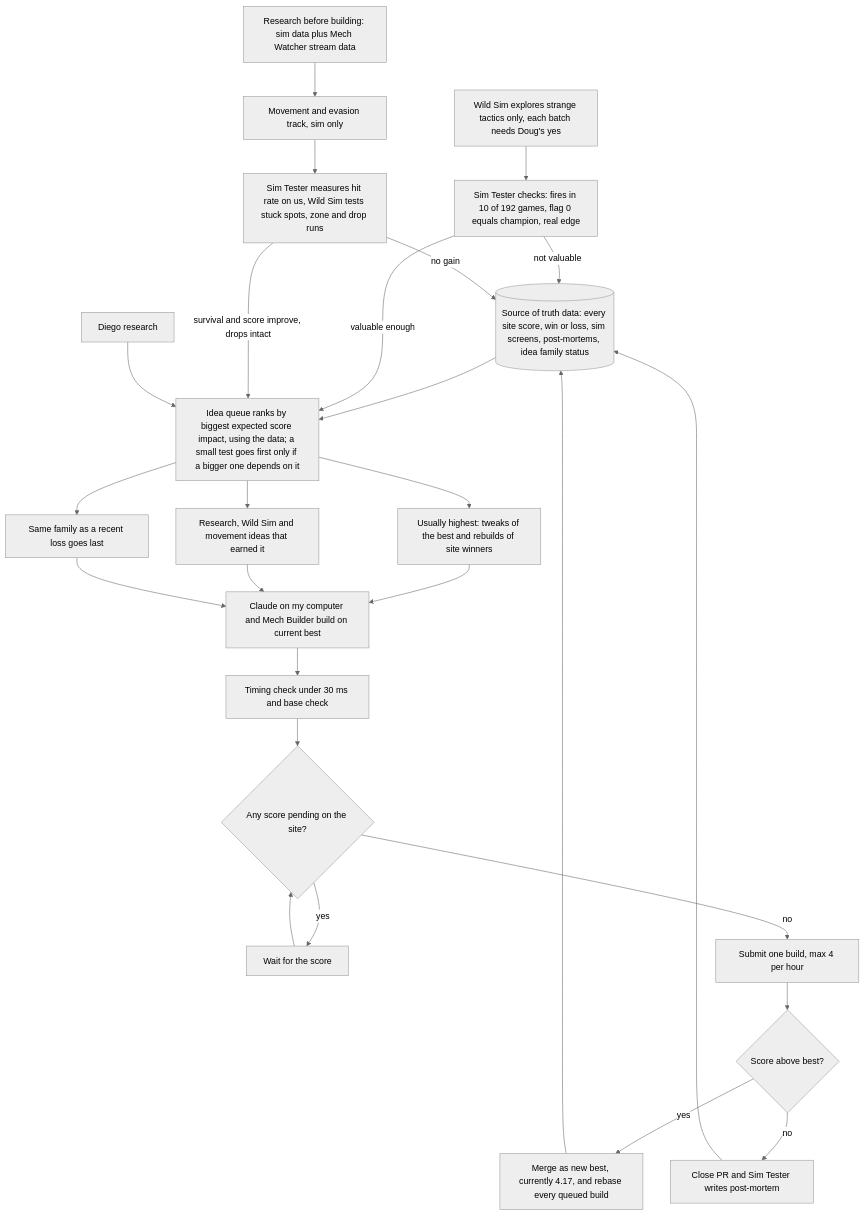
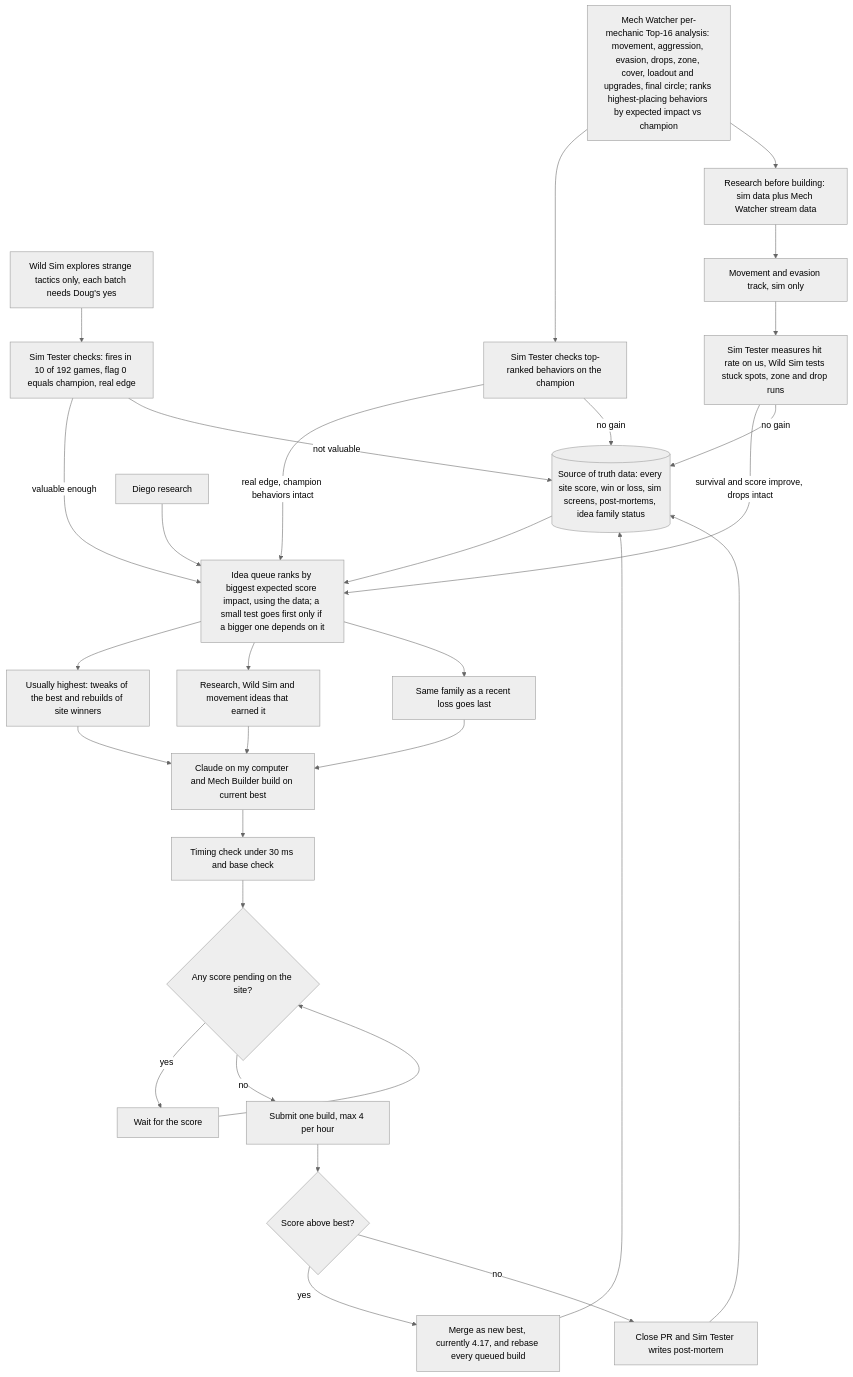
The diagram in coord/WORKFLOW_CHART.md (dmclaughlin-bit/mech-bot), drawn with Mermaid (neutral theme) before and after one commit. The commit also changed other lines of this file, not shown here.

Commit message:
Workflow chart: add per-mechanic Top-16 Watcher analysis (Doug confirmed 3:27 PM ET)

````diff
--- a/coord/WORKFLOW_CHART.md
+++ b/coord/WORKFLOW_CHART.md
@@ -7,28 +7,32 @@
 ```mermaid
 flowchart TD
     DB[(Source of truth data: every site score, win or loss, sim screens, post-mortems, idea family status)] --> Q
     WS[Wild Sim explores strange tactics only, each batch needs Doug's yes] --> ST1[Sim Tester checks: fires in 10 of 192 games, flag 0 equals champion, real edge]
     ST1 -- valuable enough --> Q
     ST1 -- not valuable --> DB
+    WA[Mech Watcher per-mechanic Top-16 analysis: movement, aggression, evasion, drops, zone, cover, loadout and upgrades, final circle; ranks highest-placing behaviors by expected impact vs champion] --> WT[Sim Tester checks top-ranked behaviors on the champion]
+    WT -- real edge, champion behaviors intact --> Q
+    WT -- no gain --> DB
+    WA --> RS
     RS[Research before building: sim data plus Mech Watcher stream data] --> MV
     MV[Movement and evasion track, sim only] --> MT[Sim Tester measures hit rate on us, Wild Sim tests stuck spots, zone and drop runs]
     MT -- survival and score improve, drops intact --> Q
     MT -- no gain --> DB
     DR[Diego research] --> Q
     Q[Idea queue ranks by biggest expected score impact, using the data; a small test goes first only if a bigger one depends on it] --> P1[Usually highest: tweaks of the best and rebuilds of site winners]
     Q --> P2[Research, Wild Sim and movement ideas that earned it]
     Q --> P3[Same family as a recent loss goes last]
     P1 --> C[Claude on my computer and Mech Builder build on current best]
     P2 --> C
     P3 --> C
     C --> D[Timing check under 30 ms and base check]
     D --> F{Any score pending on the site?}
     F -- yes --> G[Wait for the score]
     G --> F
     F -- no --> H[Submit one build, max 4 per hour]
     H --> I{Score above best?}
     I -- yes --> J[Merge as new best, currently 4.17, and rebase every queued build]
     I -- no --> K[Close PR and Sim Tester writes post-mortem]
     J --> DB
     K --> DB
 ```
````
